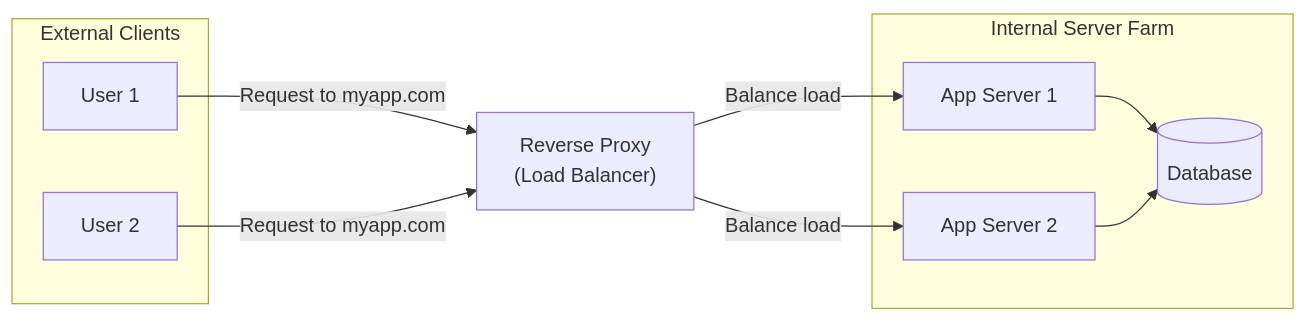
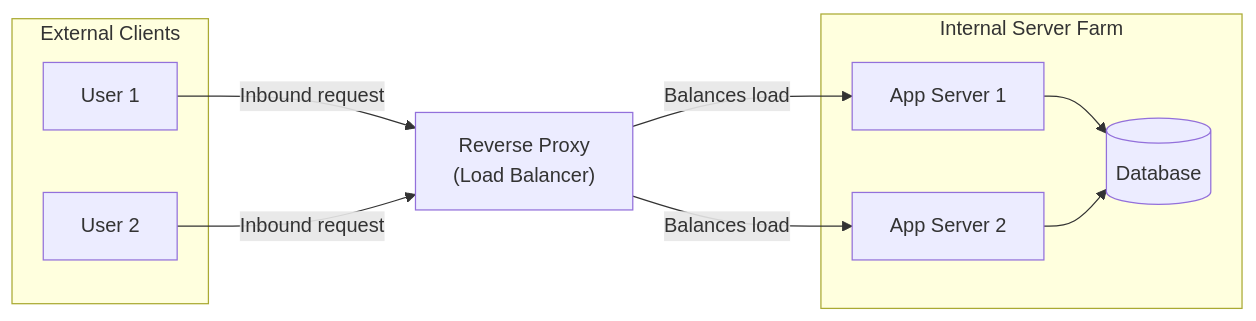
One commit to Chandan-Sir-Debasish/02.forwardproxy-1 changed the second of 2 diagrams in forward_proxy_tutorial.md. Above: the diagram before and after it, drawn with Mermaid. The commit also changed other lines of this file and 2 other files, not shown here.

````diff
--- a/forward_proxy_tutorial.md
+++ b/forward_proxy_tutorial.md
@@ -52,22 +51,22 @@
 ```mermaid
 graph LR
-    subgraph External Clients
+    subgraph "External Clients"
         Client1["User 1"]
         Client2["User 2"]
     end
     
     RevProxy["Reverse Proxy<br>(Load Balancer)"]
     
-    subgraph Internal Server Farm
+    subgraph "Internal Server Farm"
         Srv1["App Server 1"]
         Srv2["App Server 2"]
         DB[("Database")]
     end
 
-    Client1 -->|Request to myapp.com| RevProxy
-    Client2 -->|Request to myapp.com| RevProxy
-    RevProxy -->|Balance load| Srv1
-    RevProxy -->|Balance load| Srv2
+    Client1 -->|Inbound request| RevProxy
+    Client2 -->|Inbound request| RevProxy
+    RevProxy -->|Balances load| Srv1
+    RevProxy -->|Balances load| Srv2
     Srv1 --> DB
     Srv2 --> DB
 ```
````
